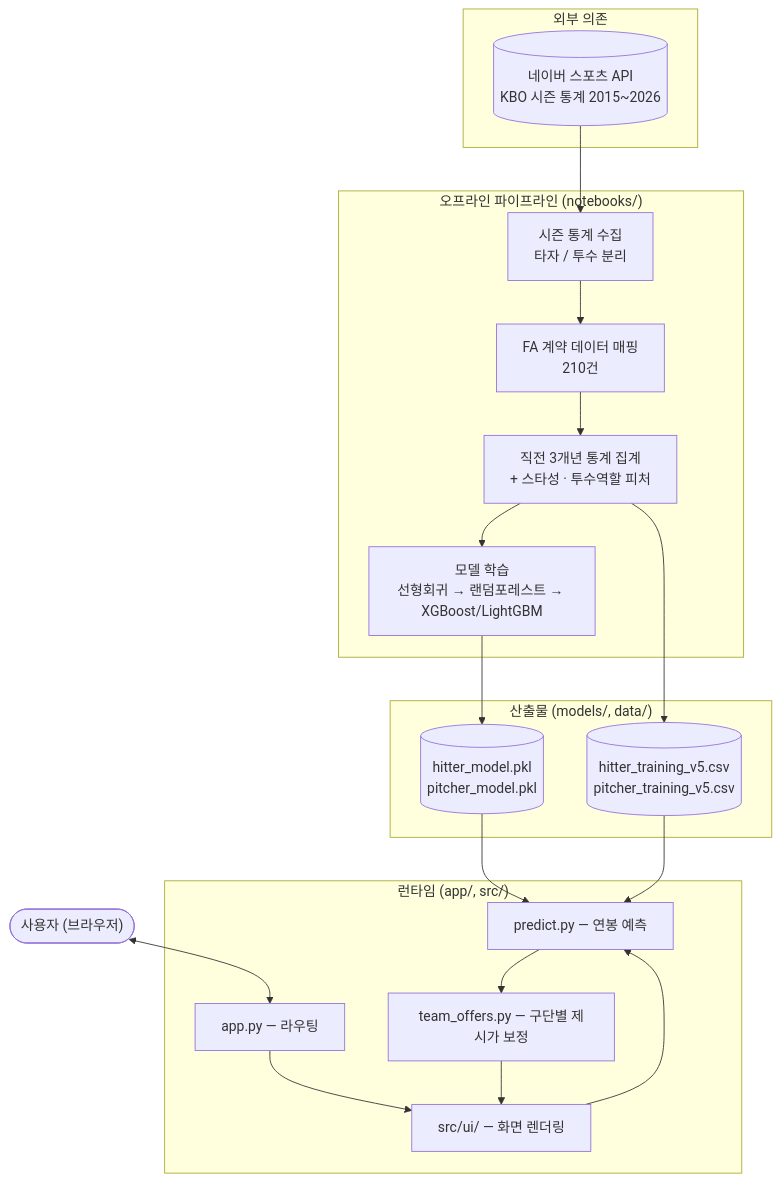
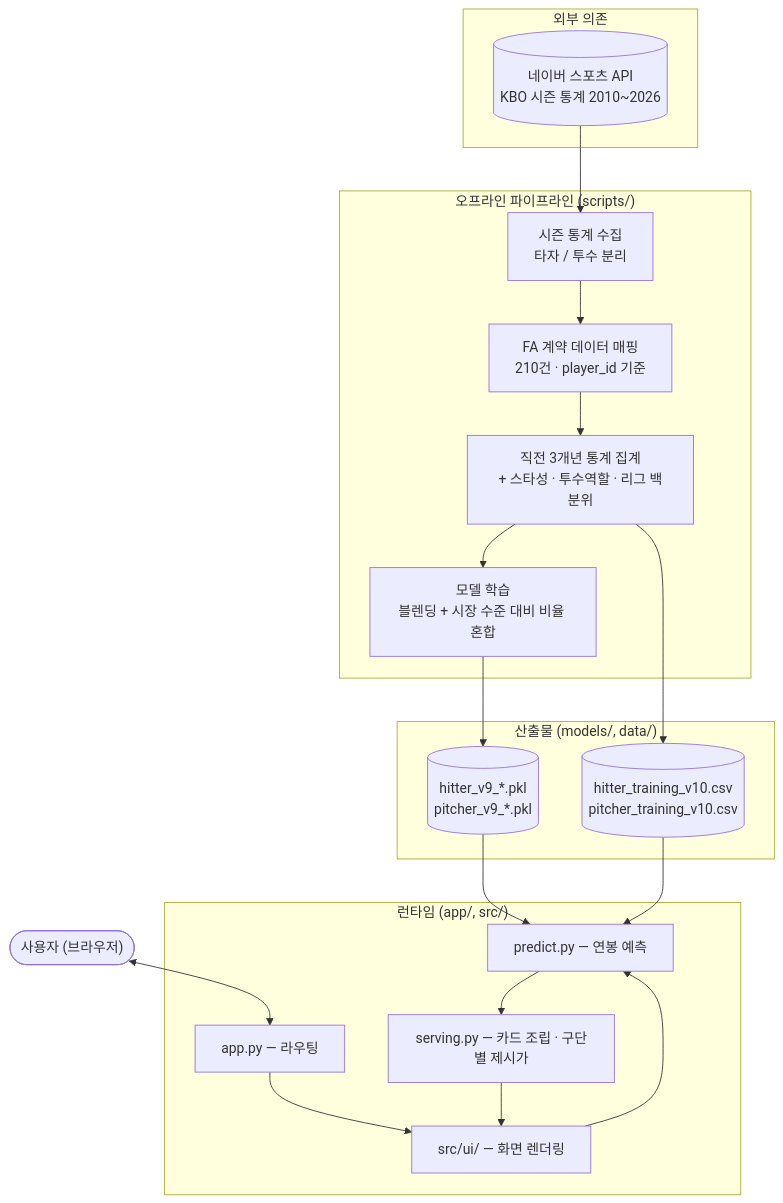
The diagram in README.md (jjssspark/SalaryCast_AI), drawn with Mermaid before and after one commit. The commit also changed other lines of this file and 5 other files, not shown here.

````diff
--- a/README.md
+++ b/README.md
@@ -272,36 +298,36 @@
 ```mermaid
 flowchart TD
     subgraph external["외부 의존"]
-        naver[("네이버 스포츠 API<br/>KBO 시즌 통계 2015~2026")]
+        naver[("네이버 스포츠 API<br/>KBO 시즌 통계 2010~2026")]
     end
 
-    subgraph offline["오프라인 파이프라인 (notebooks/)"]
+    subgraph offline["오프라인 파이프라인 (scripts/)"]
         collect["시즌 통계 수집<br/>타자 / 투수 분리"]
-        fa["FA 계약 데이터 매핑<br/>210건"]
-        agg["직전 3개년 통계 집계<br/>+ 스타성 · 투수역할 피처"]
-        train["모델 학습<br/>선형회귀 → 랜덤포레스트 → XGBoost/LightGBM"]
+        fa["FA 계약 데이터 매핑<br/>210건 · player_id 기준"]
+        agg["직전 3개년 통계 집계<br/>+ 스타성 · 투수역할 · 리그 백분위"]
+        train["모델 학습<br/>블렌딩 + 시장 수준 대비 비율 혼합"]
     end
 
     subgraph models["산출물 (models/, data/)"]
-        pkl[("hitter_model.pkl<br/>pitcher_model.pkl")]
-        csv[("hitter_training_v5.csv<br/>pitcher_training_v5.csv")]
+        pkl[("hitter_v9_*.pkl<br/>pitcher_v9_*.pkl")]
+        csv[("hitter_training_v10.csv<br/>pitcher_training_v10.csv")]
     end
 
     subgraph runtime["런타임 (app/, src/)"]
         app["app.py — 라우팅"]
         predict["predict.py — 연봉 예측"]
-        offers["team_offers.py — 구단별 제시가 보정"]
+        offers["serving.py — 카드 조립 · 구단별 제시가"]
         ui["src/ui/ — 화면 렌더링"]
     end
 
     user(["사용자 (브라우저)"])
 
     naver --> collect --> fa --> agg --> train
     train --> pkl
     agg --> csv
     pkl --> predict
     csv --> predict
     app --> ui
     ui --> predict --> offers --> ui
     user <--> app
 ```
````
